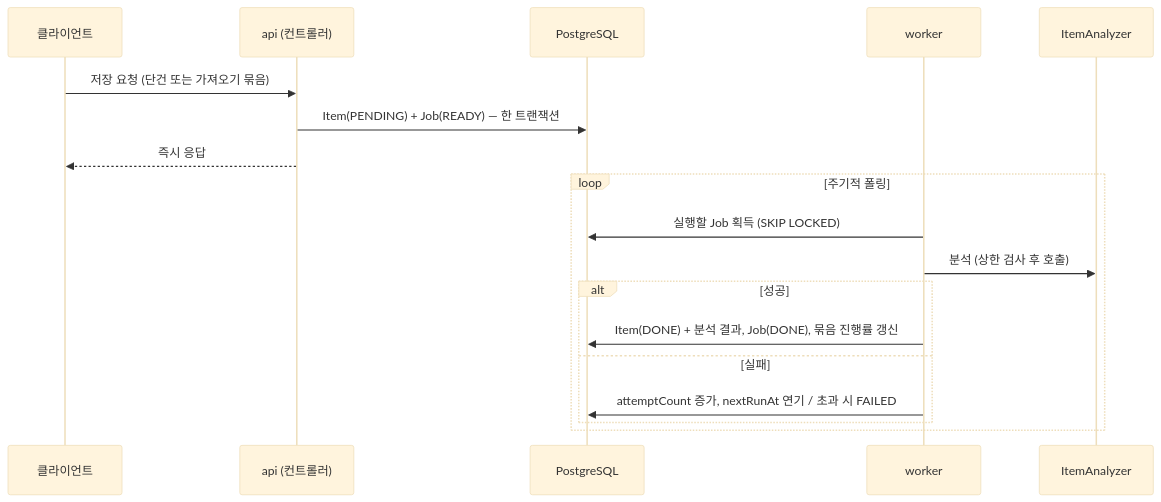
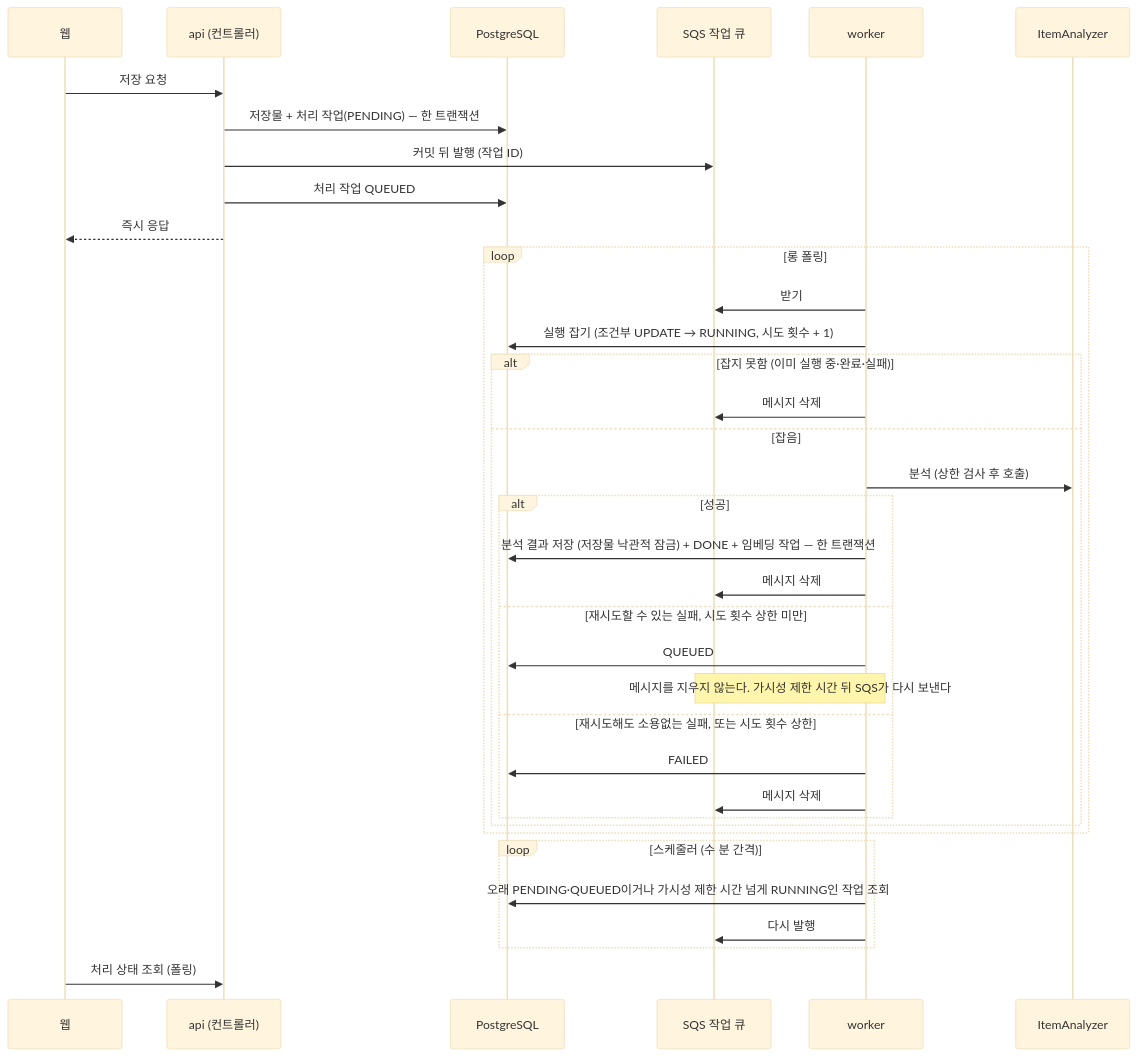
The second of 2 diagrams in docs/architecture.md (depromeet/19th-team1-server), drawn with Mermaid (base theme) before and after one commit. The commit also changed other lines of this file and 6 other files, not shown here.

````diff
--- a/docs/architecture.md
+++ b/docs/architecture.md
@@ -232,21 +238,39 @@
 ```mermaid
 sequenceDiagram
-    participant C as 클라이언트
+    participant C as 웹
     participant A as api (컨트롤러)
     participant DB as PostgreSQL
+    participant Q as SQS 작업 큐
     participant W as worker
     participant L as ItemAnalyzer
 
-    C->>A: 저장 요청 (단건 또는 가져오기 묶음)
-    A->>DB: Item(PENDING) + Job(READY) — 한 트랜잭션
+    C->>A: 저장 요청
+    A->>DB: 저장물 + 처리 작업(PENDING) — 한 트랜잭션
+    A->>Q: 커밋 뒤 발행 (작업 ID)
+    A->>DB: 처리 작업 QUEUED
     A-->>C: 즉시 응답
-    loop 주기적 폴링
-        W->>DB: 실행할 Job 획득 (SKIP LOCKED)
-        W->>L: 분석 (상한 검사 후 호출)
-        alt 성공
-            W->>DB: Item(DONE) + 분석 결과, Job(DONE), 묶음 진행률 갱신
-        else 실패
-            W->>DB: attemptCount 증가, nextRunAt 연기 / 초과 시 FAILED
+    loop 롱 폴링
+        W->>Q: 받기
+        W->>DB: 실행 잡기 (조건부 UPDATE → RUNNING, 시도 횟수 + 1)
+        alt 잡지 못함 (이미 실행 중·완료·실패)
+            W->>Q: 메시지 삭제
+        else 잡음
+            W->>L: 분석 (상한 검사 후 호출)
+            alt 성공
+                W->>DB: 분석 결과 저장 (저장물 낙관적 잠금) + DONE + 임베딩 작업 — 한 트랜잭션
+                W->>Q: 메시지 삭제
+            else 재시도할 수 있는 실패, 시도 횟수 상한 미만
+                W->>DB: QUEUED
+                Note over W,Q: 메시지를 지우지 않는다. 가시성 제한 시간 뒤 SQS가 다시 보낸다
+            else 재시도해도 소용없는 실패, 또는 시도 횟수 상한
+                W->>DB: FAILED
+                W->>Q: 메시지 삭제
+            end
         end
     end
+    loop 스케줄러 (수 분 간격)
+        W->>DB: 오래 PENDING·QUEUED이거나 가시성 제한 시간 넘게 RUNNING인 작업 조회
+        W->>Q: 다시 발행
+    end
+    C->>A: 처리 상태 조회 (폴링)
 ```
````
